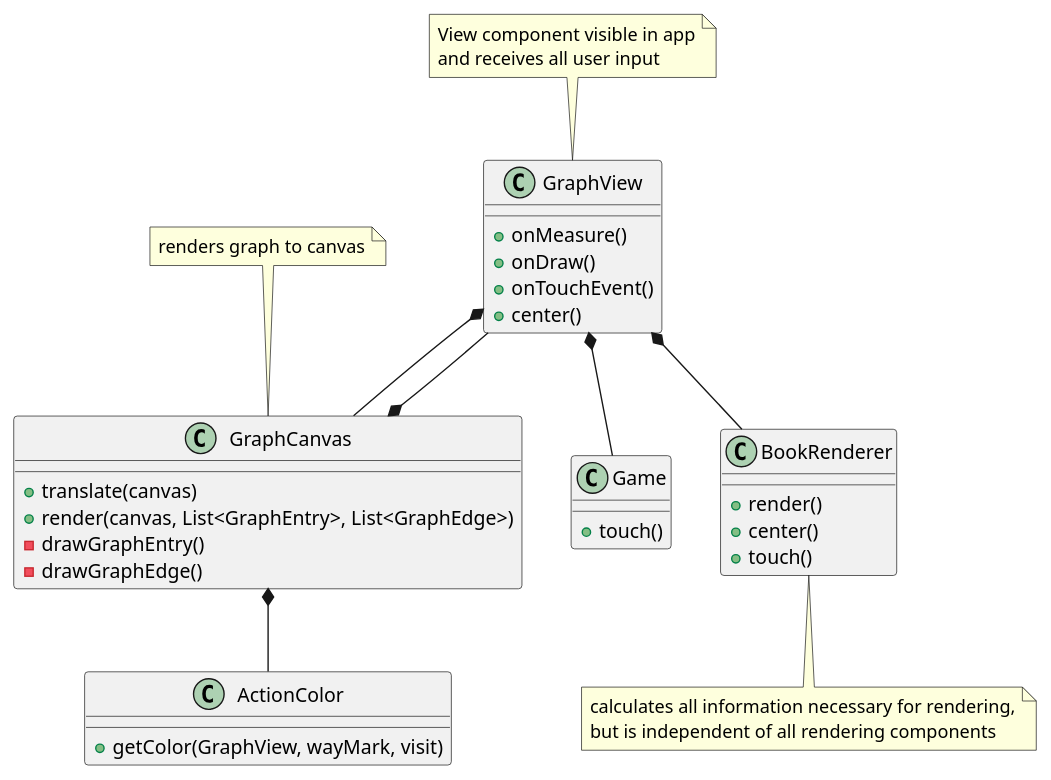
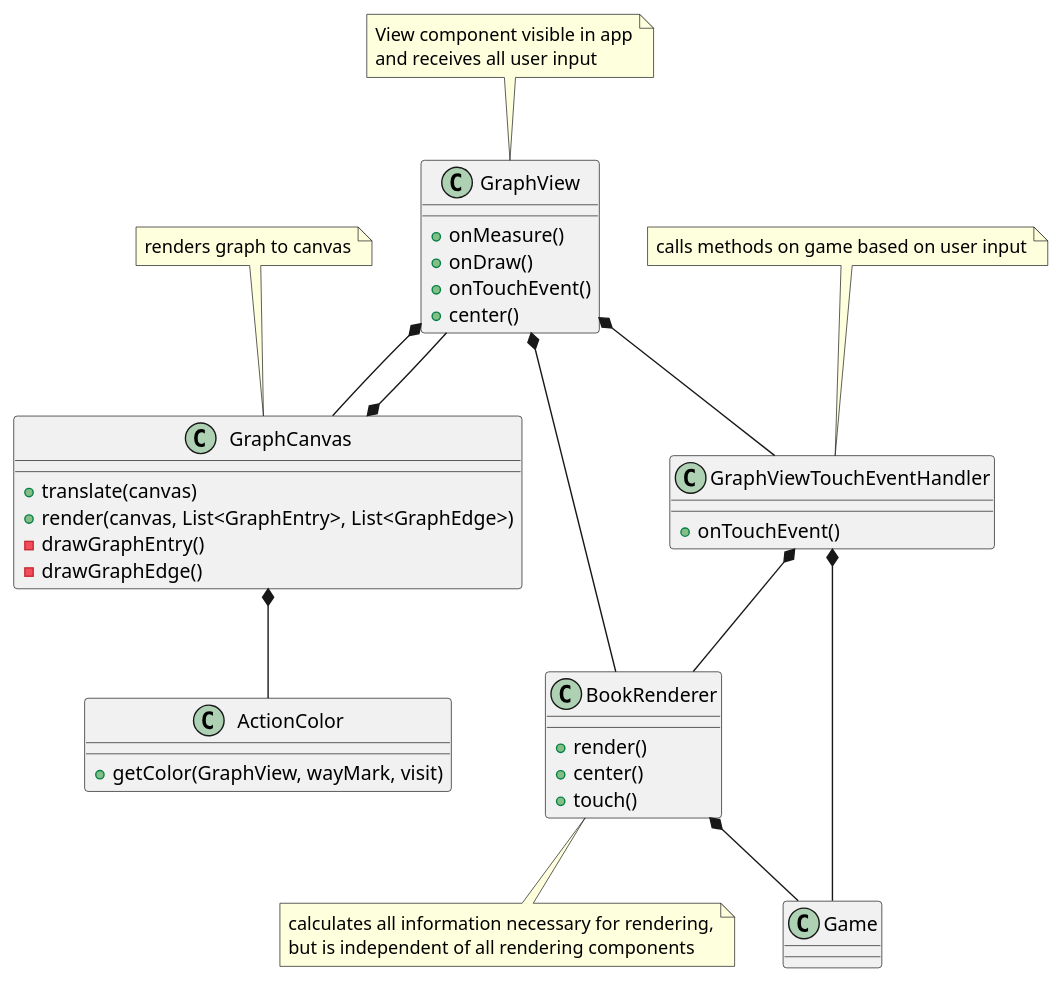
One commit to twiederk/AdventureBookResolverNativeApp changed the diagram in app/src/docs/asciidoc/diagrams/graphView.puml. Above: the diagram before and after it, drawn with PlantUML. The commit also changed 72 other files, not shown here.

Commit message:
Changed EntryFragment to GraphFragment by moving Entry and ActionPanel to EntryDialog Bug: note get lost, because event to save note isn't fired

```diff
--- a/app/src/docs/asciidoc/diagrams/graphView.puml
+++ b/app/src/docs/asciidoc/diagrams/graphView.puml
@@ -1,38 +1,44 @@
 @startuml
-GraphView *-- Game
+GraphView *-- GraphViewTouchEventHandler
 GraphView *-- BookRenderer
 GraphView *-- GraphCanvas
+GraphViewTouchEventHandler *-- Game
+GraphViewTouchEventHandler *-- BookRenderer
 GraphCanvas *-- GraphView
 GraphCanvas *-- ActionColor
+BookRenderer *-- Game
 
 class GraphView {
     +onMeasure()
     +onDraw()
     +onTouchEvent()
     +center()
 }
 note top of GraphView : View component visible in app\nand receives all user input
+
+class GraphViewTouchEventHandler {
+    +onTouchEvent()
+}
+note top of GraphViewTouchEventHandler : calls methods on game based on user input
 
 class GraphCanvas {
     +translate(canvas)
     +render(canvas, List<GraphEntry>, List<GraphEdge>)
     -drawGraphEntry()
     -drawGraphEdge()
 }
 note top of GraphCanvas : renders graph to canvas
 
 class ActionColor {
     +getColor(GraphView, wayMark, visit)
 }
 
 class BookRenderer {
     +render()
     +center()
     +touch()
 }
 note bottom of BookRenderer : calculates all information necessary for rendering,\nbut is independent of all rendering components
 
-class Game {
-    +touch()
-}
+class Game
 @enduml
```
